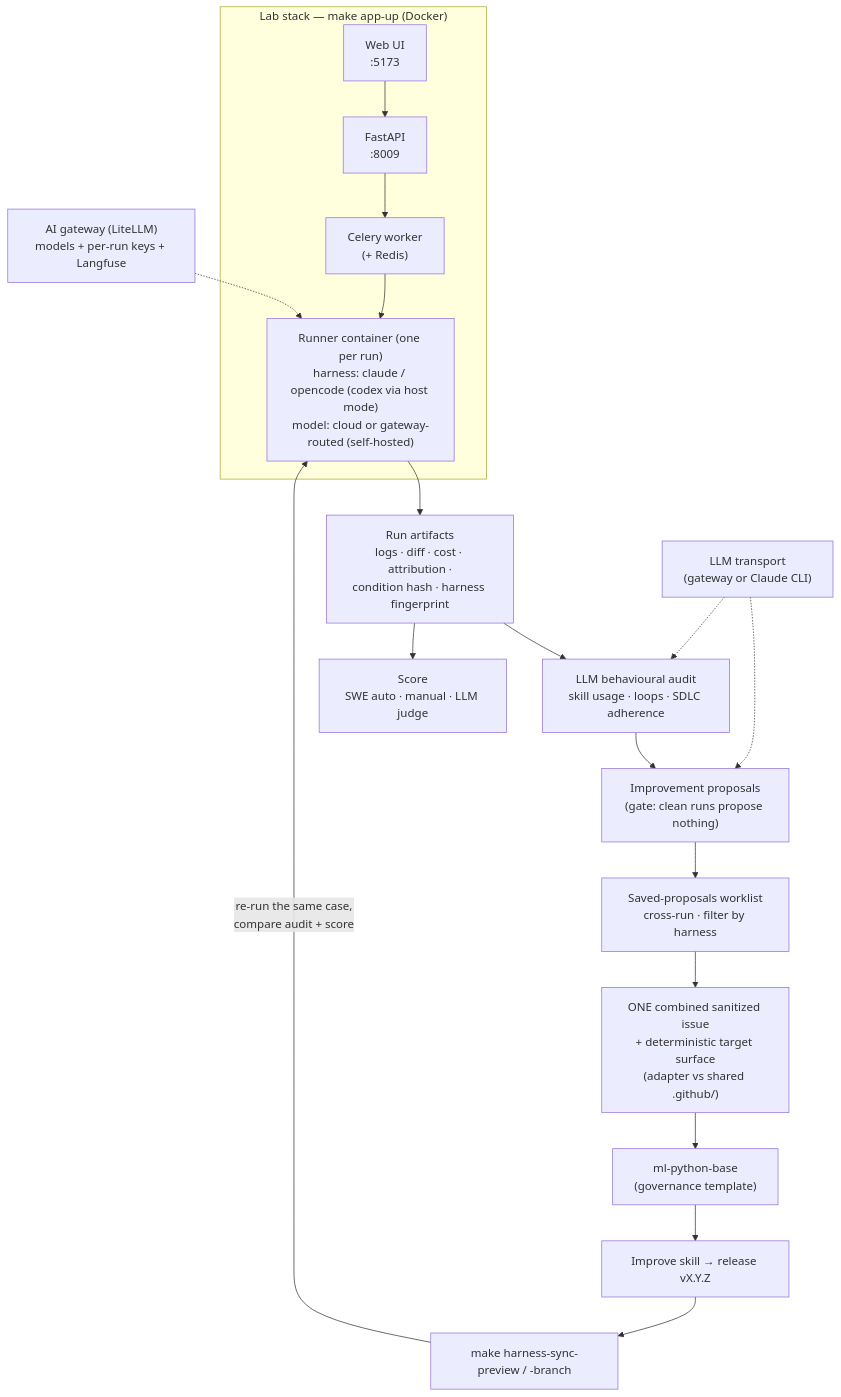
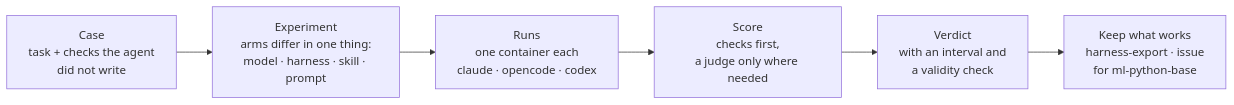
The diagram in README.md (xmartlabs/sdlc-ml-python-harness-lab), drawn with Mermaid before and after one commit. The commit also changed other lines of this file and 173 other files, not shown here.

First line of the commit message:
Feat/lab small models and frontend cases (#37)

````diff
--- a/README.md
+++ b/README.md
@@ -89,23 +56,8 @@
 ```mermaid
-flowchart TB
-    subgraph stack["Lab stack — make app-up (Docker)"]
-        UI["Web UI<br/>:5173"] --> API["FastAPI<br/>:8009"]
-        API --> W["Celery worker<br/>(+ Redis)"]
-        W --> RUN["Runner container (one per run)<br/>harness: claude / opencode (codex via host mode)<br/>model: cloud or gateway-routed (self-hosted)"]
-    end
-
-    GW["AI gateway (LiteLLM)<br/>models + per-run keys + Langfuse"] -.-> RUN
-    LLM["LLM transport<br/>(gateway or Claude CLI)"] -.-> AUD
-    LLM -.-> IMP
-
-    RUN --> ART["Run artifacts<br/>logs · diff · cost · attribution ·<br/>condition hash · harness fingerprint"]
-    ART --> SCORE["Score<br/>SWE auto · manual · LLM judge"]
-    ART --> AUD["LLM behavioural audit<br/>skill usage · loops · SDLC adherence"]
-    AUD --> IMP["Improvement proposals<br/>(gate: clean runs propose nothing)"]
-    IMP --> WL["Saved-proposals worklist<br/>cross-run · filter by harness"]
-    WL --> ISSUE["ONE combined sanitized issue<br/>+ deterministic target surface<br/>(adapter vs shared .github/)"]
-    ISSUE --> MPB["ml-python-base<br/>(governance template)"]
-    MPB --> REL["Improve skill → release vX.Y.Z"]
-    REL --> SYNC["make harness-sync-preview / -branch"]
-    SYNC -->|"re-run the same case,<br/>compare audit + score"| RUN
+flowchart LR
+    CASE["Case<br/>task + checks the agent<br/>did not write"] --> EXP["Experiment<br/>arms differ in one thing:<br/>model · harness · skill · prompt"]
+    EXP --> RUN["Runs<br/>one container each<br/>claude · opencode · codex"]
+    RUN --> SCORE["Score<br/>checks first,<br/>a judge only where needed"]
+    SCORE --> READ["Verdict<br/>with an interval and<br/>a validity check"]
+    READ --> HOME["Keep what works<br/>harness-export · issue<br/>for ml-python-base"]
 ```
````
